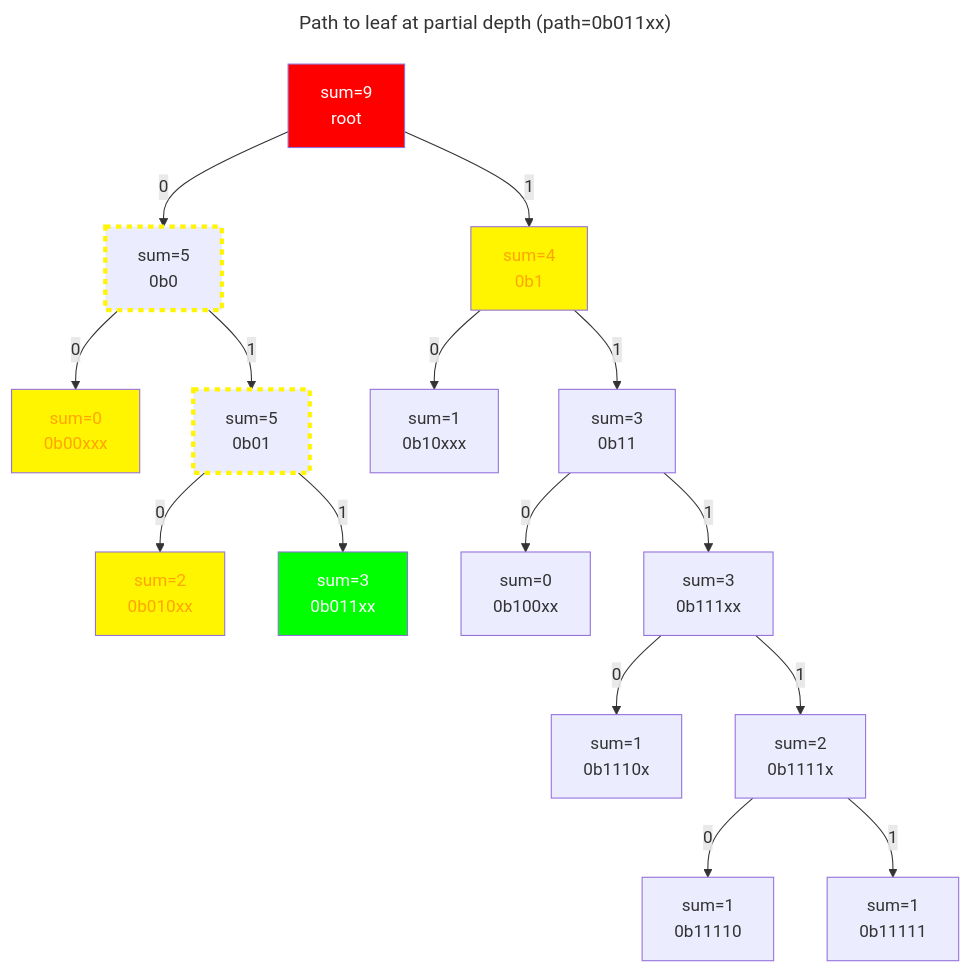
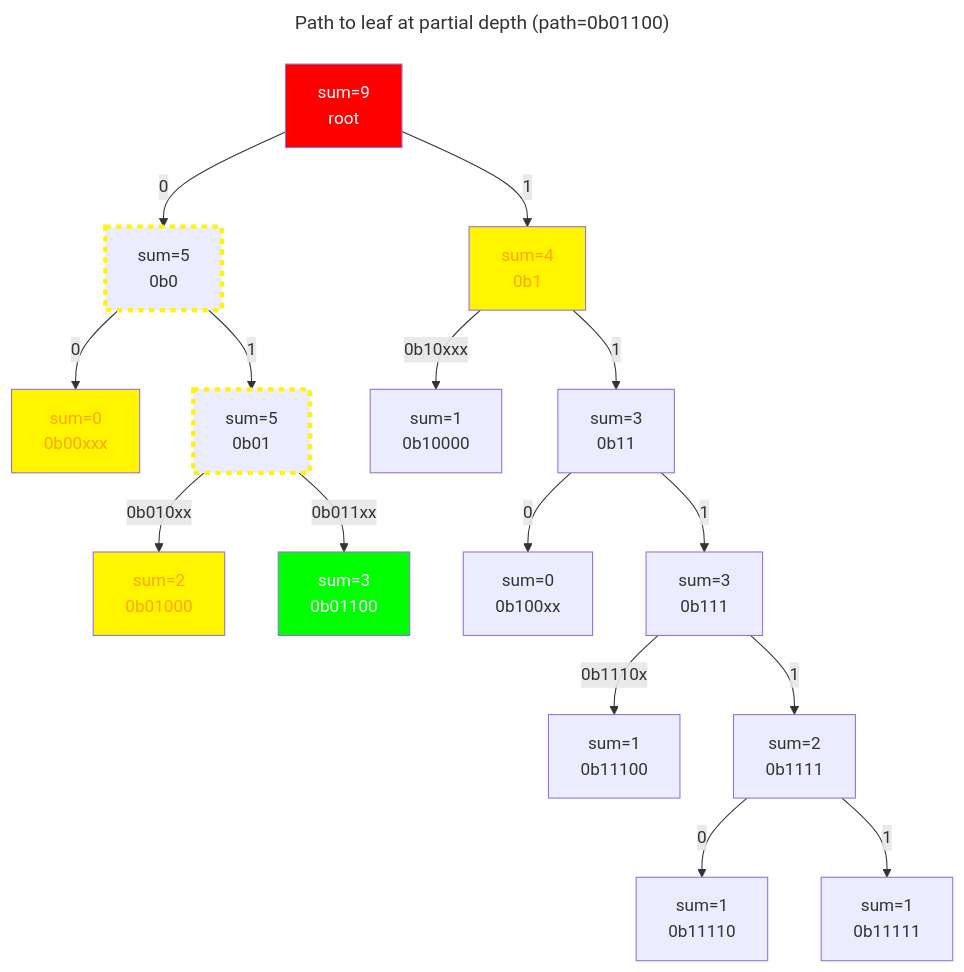
The sixth of 8 diagrams in docusaurus/docs/protocol/claim_and_proof_lifecycle.md (pokt-network/poktroll), drawn with Mermaid before and after one commit. The commit also changed other lines of this file and 1 other file, not shown here.

````diff
--- a/docusaurus/docs/protocol/claim_and_proof_lifecycle.md
+++ b/docusaurus/docs/protocol/claim_and_proof_lifecycle.md
@@ -353,44 +372,44 @@
 ```mermaid
 ---
-title: Path to leaf at partial depth (path=0b011xx)
+title: Path to leaf at partial depth (path=0b01100)
 ---
 graph TB
     %% Define a class for red nodes
     classDef redNode fill:#ff0000, color:#ffffff;
     classDef greenNode fill:#00ff00, color:#ffffff;
     classDef blueNode fill:#0000ff, color:#ffffff;
     classDef yellowNode fill:#fff500, color:#ffa500
     classDef yellowBorderNode stroke:#fff500, stroke-width:4px, stroke-dasharray: 5 5
 
     %% Define root node
     R[sum=9<br>root]
 
     %% Height = 1
-    R --0--> N1[sum=5<br>0b0]
-    R --1--> N2[sum=4<br>0b1]
+    R -- 0 --> N1[sum=5<br>0b0]
+    R -- 1 --> N2[sum=4<br>0b1]
 
     %% Height = 2
-    N1 --0--> E1[sum=0<br>0b00xxx]
-    N1 --1--> N3[sum=5<br>0b01]
-    N2 --0--> L1[sum=1<br>0b10xxx]
-    N2 --1--> N4[sum=3<br>0b11]
+    N1 -- 0 --> E1[sum=0<br>0b00xxx]
+    N1 -- 1 --> N3[sum=5<br>0b01]
+    N2 -- 0b10xxx --> L1[sum=1<br>0b10000]
+    N2 -- 1 --> N4[sum=3<br>0b11]
 
     %% Height = 3
-    N3 --0--> L2[sum=2<br>0b010xx]
-    N3 --1--> L3[sum=3<br>0b011xx]
-    N4 --0--> E2[sum=0<br>0b100xx]
-    N4 --1--> N5[sum=3<br>0b111xx]
+    N3 -- 0b010xx --> L2[sum=2<br>0b01000]
+    N3 -- 0b011xx --> L3[sum=3<br>0b01100]
+    N4 -- 0 --> E2[sum=0<br>0b100xx]
+    N4 -- 1 --> N5[sum=3<br>0b111]
 
     %% Height = 4
-    N5 --0--> L4[sum=1<br>0b1110x]
-    N5 --1--> N6[sum=2<br>0b1111x]
+    N5 -- 0b1110x --> L4[sum=1<br>0b11100]
+    N5 -- 1 --> N6[sum=2<br>0b1111]
 
     %% Height = 5
-    N6 --0--> L5[sum=1<br>0b11110]
-    N6 --1--> L6[sum=1<br>0b11111]
+    N6 -- 0 --> L5[sum=1<br>0b11110]
+    N6 -- 1 --> L6[sum=1<br>0b11111]
 
     class R redNode;
     class E1,N2,L2 yellowNode;
     class N1,N3 yellowBorderNode;
     class L3 greenNode;
 ```
````
